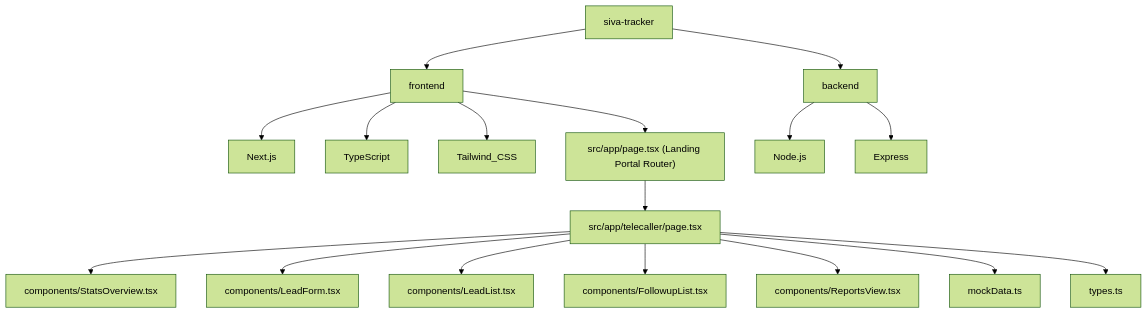
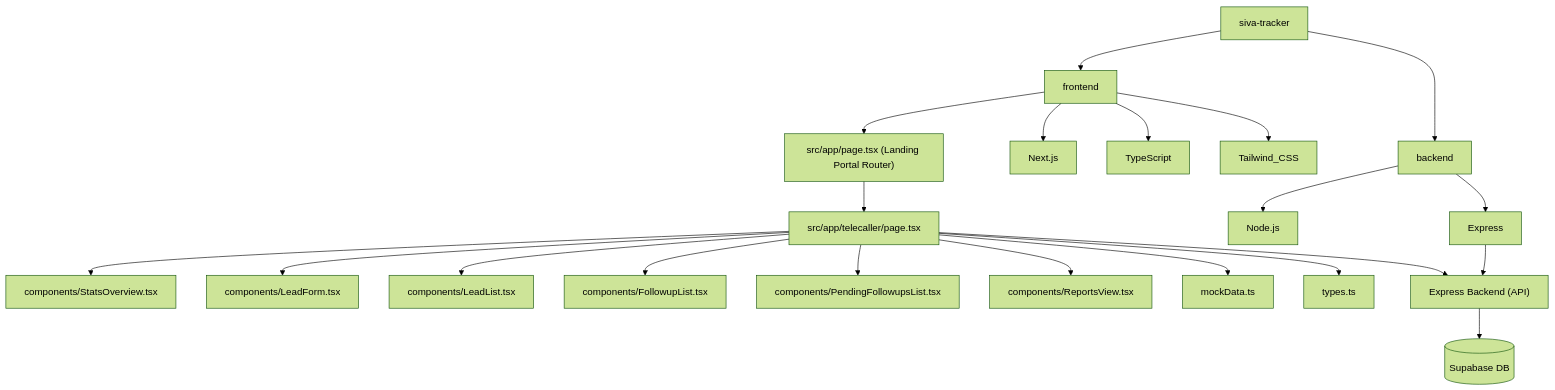
The diagram in @graphify-out/GRAPH_REPORT.MD (softvishnuspire/sivagoldcompanytracker), drawn with Mermaid (forest theme) before and after one commit. The commit also changed other lines of this file and 6 other files, not shown here.

Commit message:
Telecaller Backend testing

````diff
--- a/@graphify-out/GRAPH_REPORT.MD
+++ b/@graphify-out/GRAPH_REPORT.MD
@@ -33,24 +33,30 @@
 ```mermaid
 graph TD
     siva-tracker --> frontend
     siva-tracker --> backend
     frontend --> Next.js
     frontend --> TypeScript
     frontend --> Tailwind_CSS
     
     %% Portal Routing
     frontend --> RootPage["src/app/page.tsx (Landing Portal Router)"]
     RootPage --> TelecallerPage
     
     %% Telecaller Panel Breakdown
     TelecallerPage["src/app/telecaller/page.tsx"] --> StatsOverview["components/StatsOverview.tsx"]
     TelecallerPage --> LeadForm["components/LeadForm.tsx"]
     TelecallerPage --> LeadList["components/LeadList.tsx"]
     TelecallerPage --> FollowupList["components/FollowupList.tsx"]
+    TelecallerPage --> PendingFollowupsList["components/PendingFollowupsList.tsx"]
     TelecallerPage --> ReportsView["components/ReportsView.tsx"]
     TelecallerPage --> MockData["mockData.ts"]
     TelecallerPage --> Types["types.ts"]
     
+    %% Backend Flow
+    TelecallerPage --> ExpressAPI["Express Backend (API)"]
+    ExpressAPI --> SupabaseDB[("Supabase DB")]
+    
     backend --> Node.js
     backend --> Express
+    Express --> ExpressAPI
 ```
````
